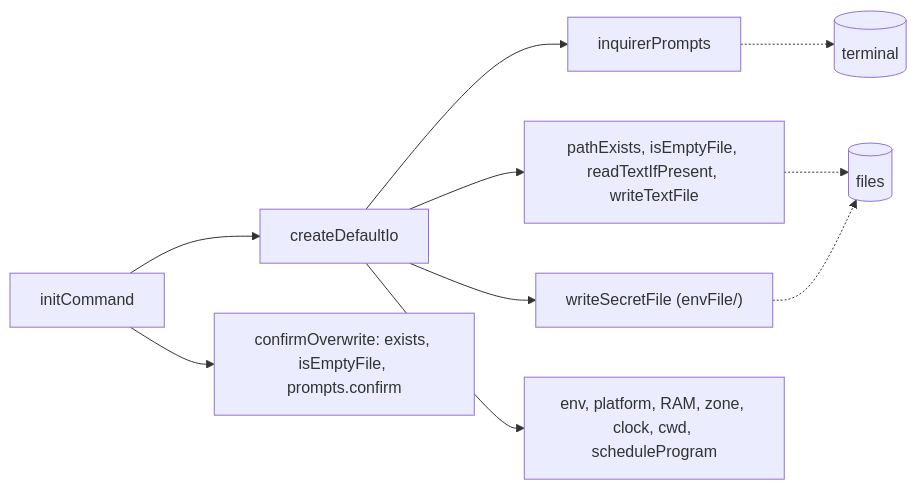
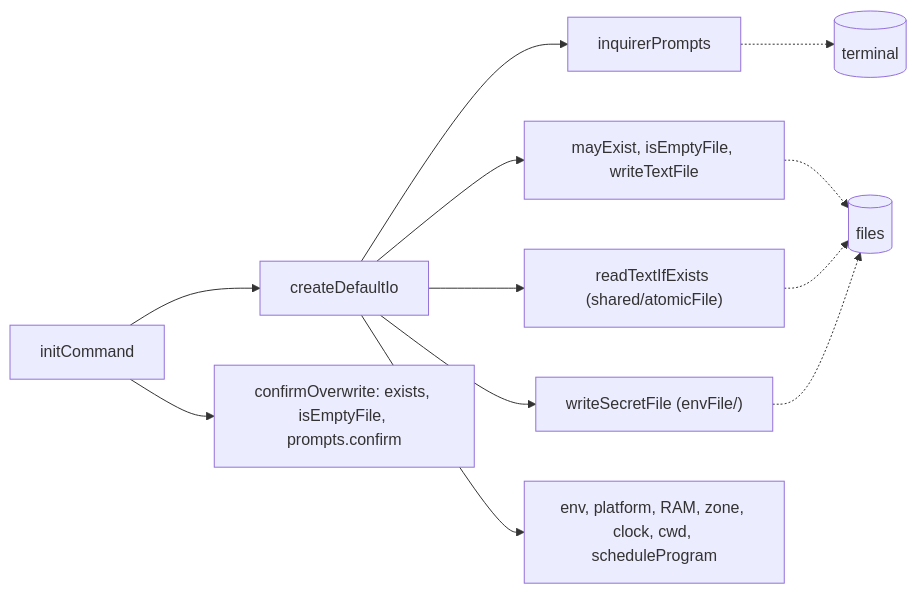
The diagram in src/cli/init/io/CLAUDE.md (odere-pro/weekly-engineering-digest-agent), drawn with Mermaid before and after one commit. The commit also changed other lines of this file and 55 other files, not shown here.

First line of the commit message:
refactor: share errno and path-exists helpers in src/shared/fsErrors

````diff
--- a/src/cli/init/io/CLAUDE.md
+++ b/src/cli/init/io/CLAUDE.md
@@ -9,9 +9,10 @@
 ```mermaid
 flowchart LR
   initCommand --> dio["createDefaultIo"]
   dio --> prompts["inquirerPrompts"] -.-> tty[("terminal")]
-  dio --> files["pathExists, isEmptyFile, readTextIfPresent, writeTextFile"] -.-> disk[("files")]
+  dio --> files["mayExist, isEmptyFile, writeTextFile"] -.-> disk[("files")]
+  dio --> shared["readTextIfExists (shared/atomicFile)"] -.-> disk
   dio --> secret["writeSecretFile (envFile/)"] -.-> disk
   dio --> machine["env, platform, RAM, zone, clock, cwd, scheduleProgram"]
   initCommand --> confirm["confirmOverwrite: exists, isEmptyFile, prompts.confirm"]
 ```
````
